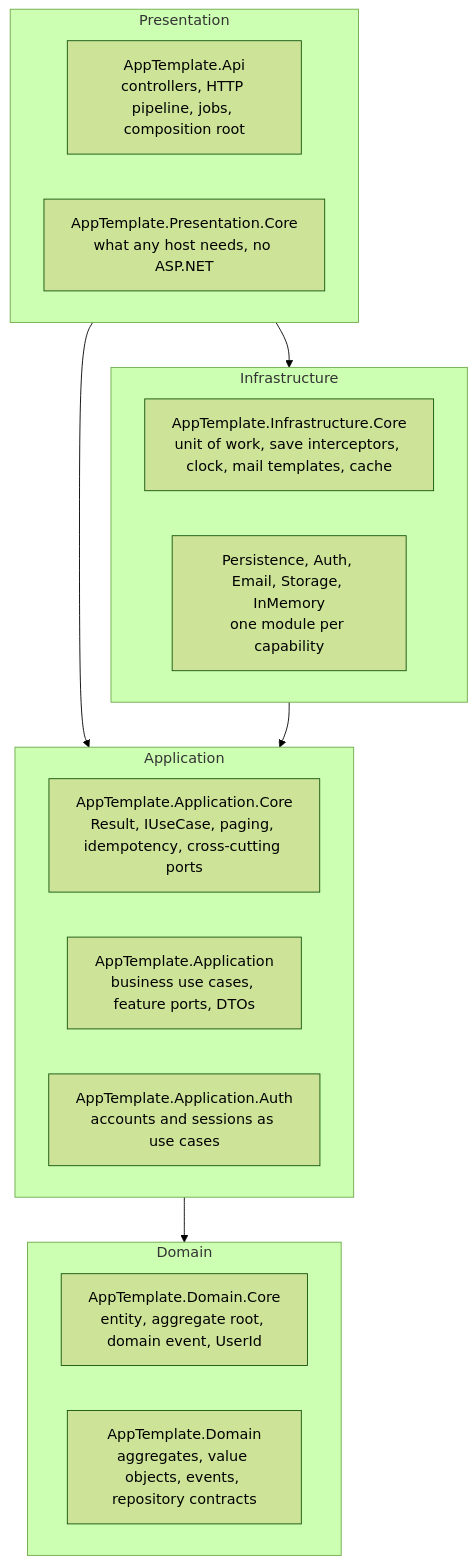
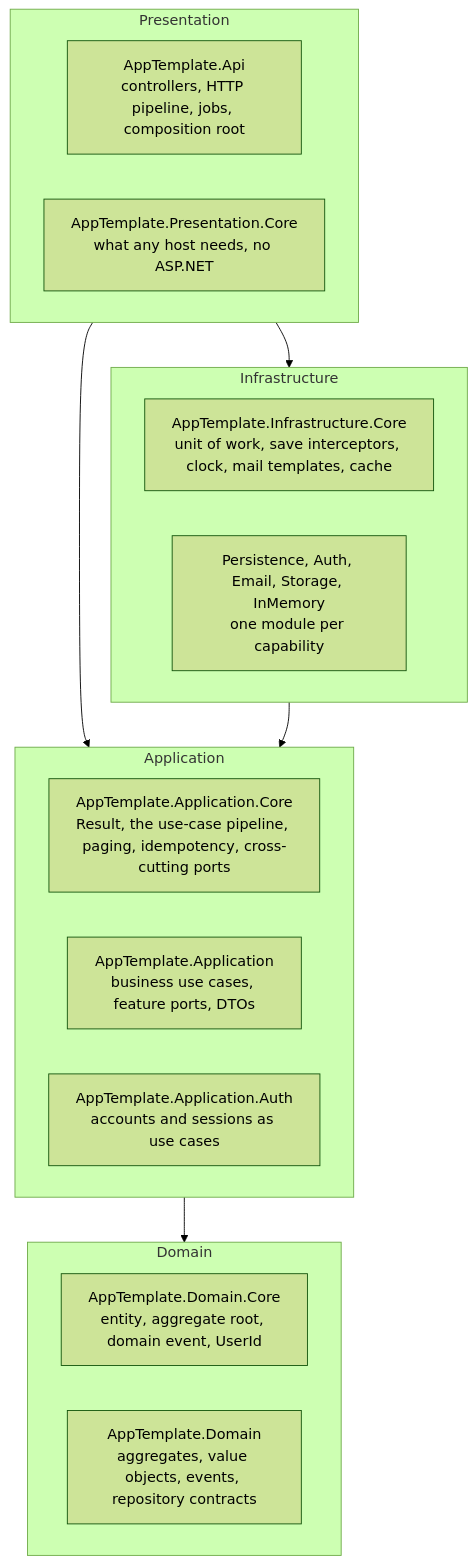
One commit to Pierre-MarieMarchio/Template-DotNet_Clean_Architecture changed the diagram in docs/architecture/README.md. Above: the diagram before and after it, drawn with Mermaid (forest theme). The commit also changed other lines of this file and 570 other files, not shown here.

````diff
--- a/docs/architecture/README.md
+++ b/docs/architecture/README.md
@@ -13,24 +13,24 @@
 ```mermaid
 flowchart TB
     subgraph Presentation
         Api["AppTemplate.Api<br/>controllers, HTTP pipeline, jobs, composition root"]
         PresCore["AppTemplate.Presentation.Core<br/>what any host needs, no ASP.NET"]
     end
     subgraph Infrastructure
         InfraCore["AppTemplate.Infrastructure.Core<br/>unit of work, save interceptors, clock, mail templates, cache"]
         Modules["Persistence, Auth, Email, Storage, InMemory<br/>one module per capability"]
     end
     subgraph Application
-        AppCore["AppTemplate.Application.Core<br/>Result, IUseCase, paging, idempotency, cross-cutting ports"]
+        AppCore["AppTemplate.Application.Core<br/>Result, the use-case pipeline, paging, idempotency, cross-cutting ports"]
         App["AppTemplate.Application<br/>business use cases, feature ports, DTOs"]
         AppAuth["AppTemplate.Application.Auth<br/>accounts and sessions as use cases"]
     end
     subgraph Domain
         DomCore["AppTemplate.Domain.Core<br/>entity, aggregate root, domain event, UserId"]
         Dom["AppTemplate.Domain<br/>aggregates, value objects, events, repository contracts"]
     end
     Presentation --> Infrastructure
     Presentation --> Application
     Infrastructure --> Application
     Application --> Domain
 ```
````
